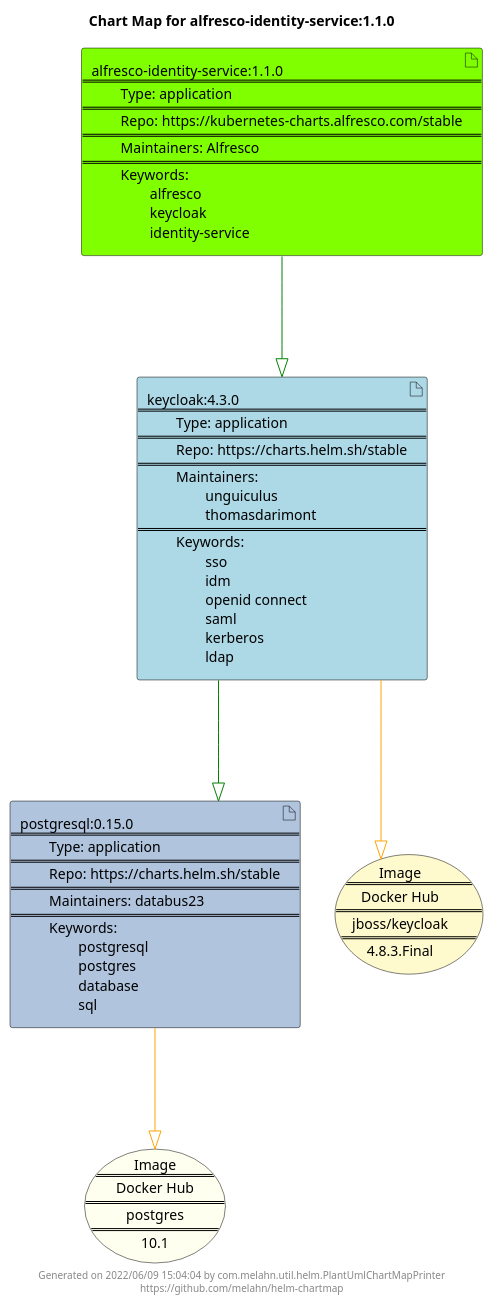
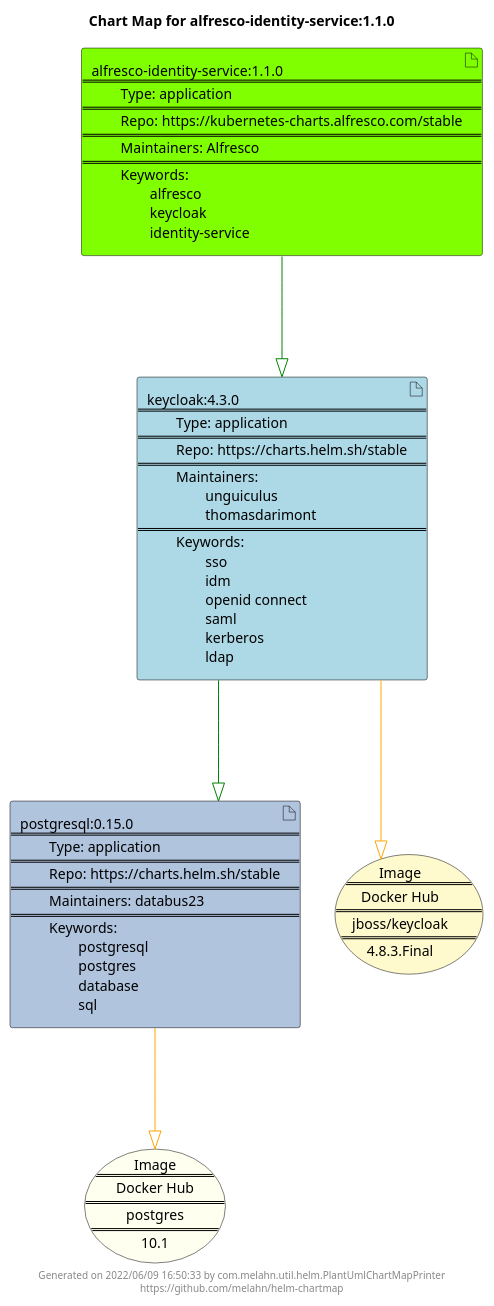
The diagram in docs/alfresco-identity-service/alfresco-identity-service-1.1.0.puml (melahn/helm-chartmap), drawn with PlantUML before and after one commit. The commit also changed 59 other files, not shown here.

Commit message:
Update Example Chart Maps as part of GitHub build

```diff
--- a/docs/alfresco-identity-service/alfresco-identity-service-1.1.0.puml
+++ b/docs/alfresco-identity-service/alfresco-identity-service-1.1.0.puml
@@ -1,27 +1,27 @@
 @startuml
 skinparam linetype ortho
 skinparam backgroundColor white
 skinparam usecaseBorderColor black
 skinparam usecaseArrowColor LightSlateGray
 skinparam artifactBorderColor black
 skinparam artifactArrowColor LightSlateGray
 
 title Chart Map for alfresco-identity-service:1.1.0
 
 'There are 3 referenced Helm Charts
 artifact "postgresql:0.15.0\n====\n\tType: application\n====\n\tRepo: https://charts.helm.sh/stable\n====\n\tMaintainers: databus23\n====\n\tKeywords: \n\t\tpostgresql\n\t\tpostgres\n\t\tdatabase\n\t\tsql" as postgresql_0_15_0 #LightSteelBlue
 artifact "alfresco-identity-service:1.1.0\n====\n\tType: application\n====\n\tRepo: https://kubernetes-charts.alfresco.com/stable\n====\n\tMaintainers: Alfresco\n====\n\tKeywords: \n\t\talfresco\n\t\tkeycloak\n\t\tidentity-service" as alfresco_identity_service_1_1_0 #Chartreuse
 artifact "keycloak:4.3.0\n====\n\tType: application\n====\n\tRepo: https://charts.helm.sh/stable\n====\n\tMaintainers: \n\t\tunguiculus\n\t\tthomasdarimont\n====\n\tKeywords: \n\t\tsso\n\t\tidm\n\t\topenid connect\n\t\tsaml\n\t\tkerberos\n\t\tldap" as keycloak_4_3_0 #LightBlue
 
 'There are 2 referenced Docker Images
 usecase "Image\n====\nDocker Hub\n====\npostgres\n====\n10.1" as postgres_10_1 #Ivory
 usecase "Image\n====\nDocker Hub\n====\njboss/keycloak\n====\n4.8.3.Final" as jboss_keycloak_4_8_3_Final #LemonChiffon
 
 'Chart Dependencies
 alfresco_identity_service_1_1_0--[#green]-|>keycloak_4_3_0
 keycloak_4_3_0--[#green]-|>postgresql_0_15_0
 postgresql_0_15_0--[#orange]-|>postgres_10_1
 keycloak_4_3_0--[#orange]-|>jboss_keycloak_4_8_3_Final
 
-center footer Generated on 2022/06/09 15:04:04 by com.melahn.util.helm.PlantUmlChartMapPrinter\nhttps://github.com/melahn/helm-chartmap
+center footer Generated on 2022/06/09 16:50:33 by com.melahn.util.helm.PlantUmlChartMapPrinter\nhttps://github.com/melahn/helm-chartmap
 @enduml
```
